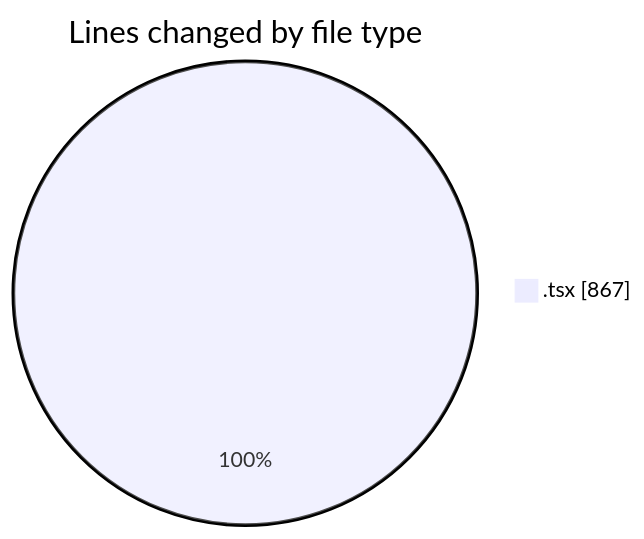
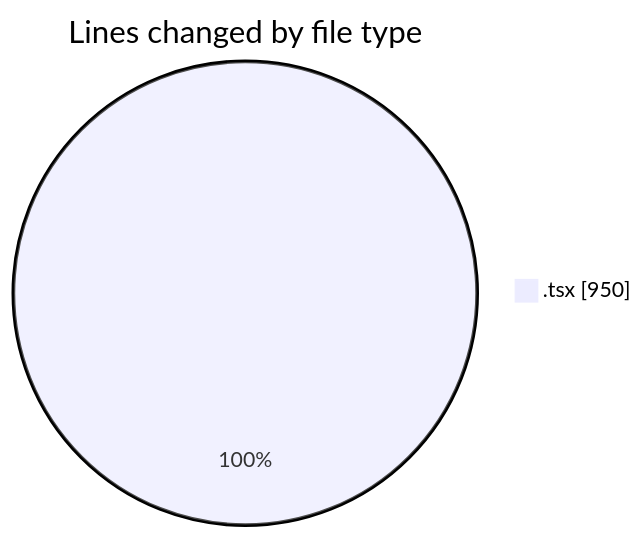
One commit to robertbonfada/code-tracking changed the first of 2 diagrams in 2025-03-11/mbc-web/README.md. Above: the diagram before and after it, drawn with Mermaid. The commit also changed other lines of this file and 1 other file, not shown here.

````diff
--- a/2025-03-11/mbc-web/README.md
+++ b/2025-03-11/mbc-web/README.md
@@ -20,5 +23,5 @@
 ```mermaid
 pie showData
 title Lines changed by file type
-".tsx" : 867
+".tsx" : 950
 ```
````
